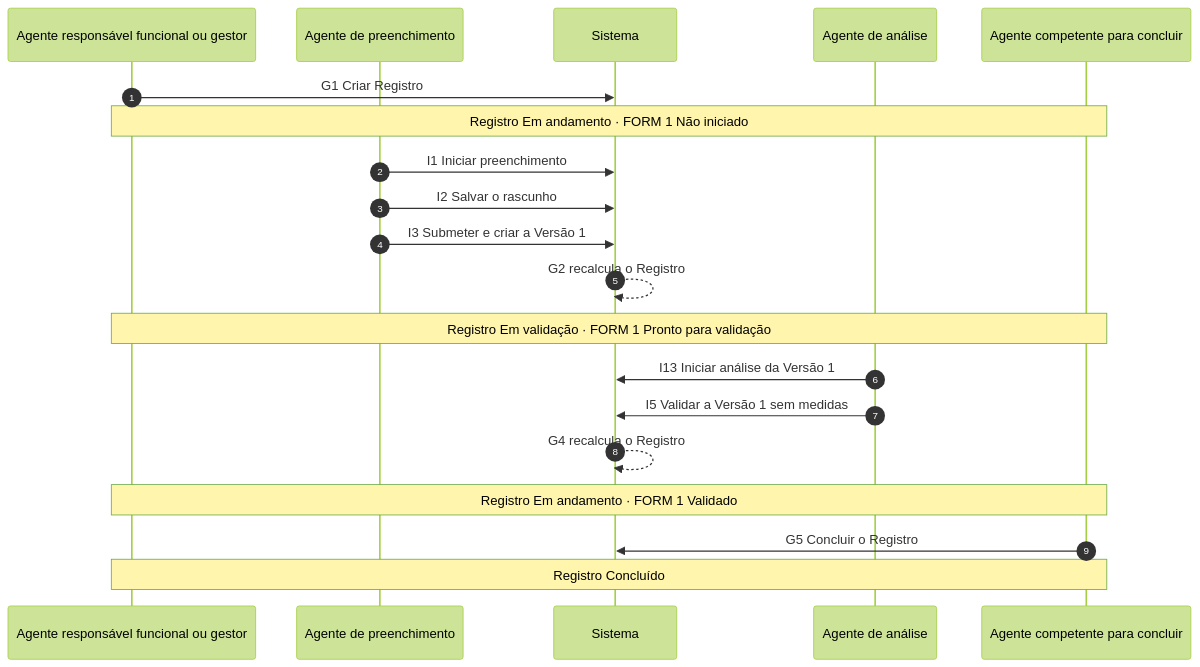
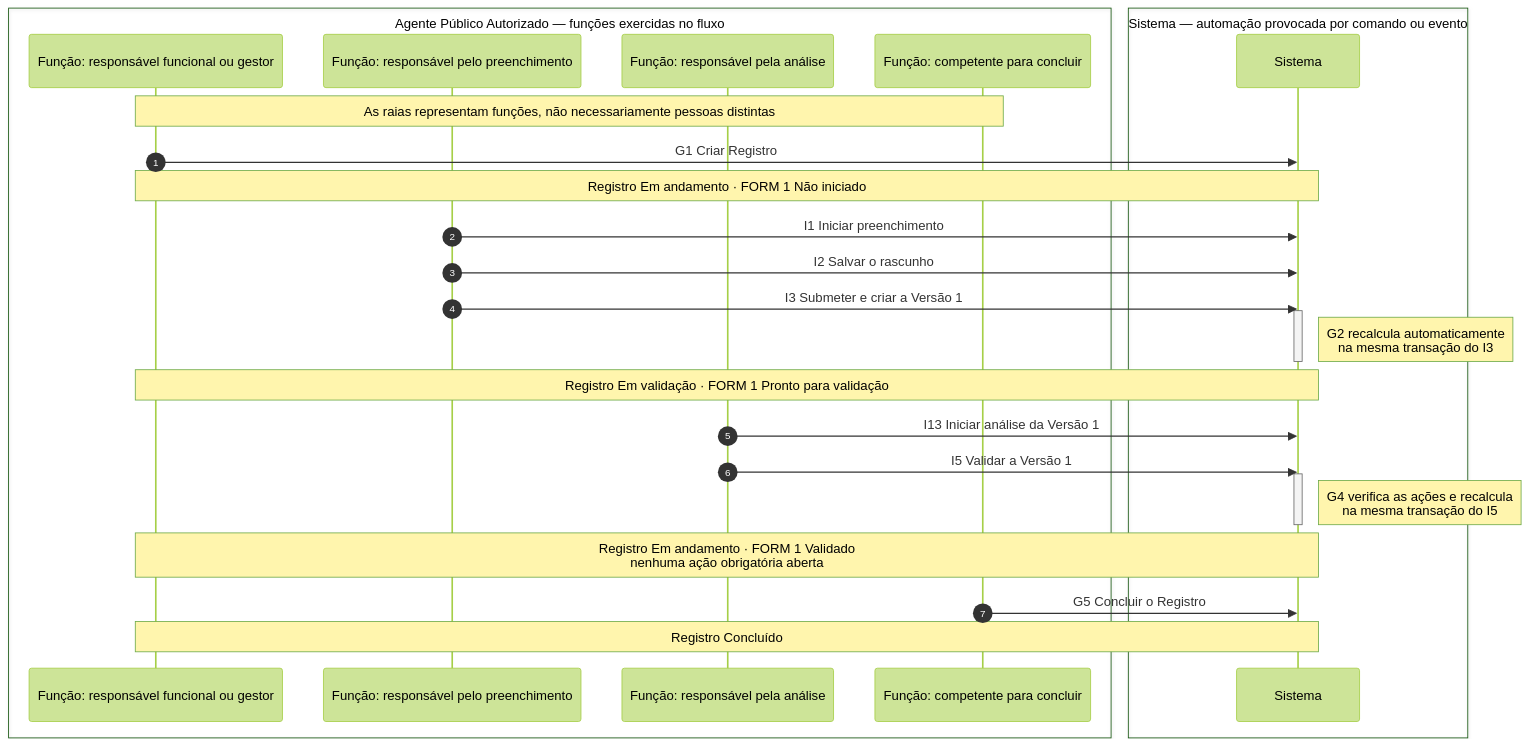
Before and after one commit to ailtonfv/governanca-lgpd-hortolandia: the fourth of 11 diagrams in docs/arquitetura/MAPA_M1a.md, drawn with Mermaid (forest theme). The commit also changed other lines of this file, not shown here.

Commit message:
Revisa mapa funcional e tecnico do M1a

````diff
--- a/docs/arquitetura/MAPA_M1a.md
+++ b/docs/arquitetura/MAPA_M1a.md
@@ -218,23 +246,32 @@
 ```mermaid
 sequenceDiagram
     autonumber
-    participant G as Agente responsável funcional ou gestor
-    participant P as Agente de preenchimento
-    participant S as Sistema
-    participant A as Agente de análise
-    participant C as Agente competente para concluir
+    box Agente Público Autorizado — funções exercidas no fluxo
+        participant G as Função: responsável funcional ou gestor
+        participant P as Função: responsável pelo preenchimento
+        participant A as Função: responsável pela análise
+        participant C as Função: competente para concluir
+    end
+    box Sistema — automação provocada por comando ou evento
+        participant S as Sistema
+    end
 
+    Note over G,C: As raias representam funções, não necessariamente pessoas distintas
     G->>S: G1 Criar Registro
-    Note over G,C: Registro Em andamento · FORM 1 Não iniciado
+    Note over G,S: Registro Em andamento · FORM 1 Não iniciado
     P->>S: I1 Iniciar preenchimento
     P->>S: I2 Salvar o rascunho
     P->>S: I3 Submeter e criar a Versão 1
-    S-->>S: G2 recalcula o Registro
-    Note over G,C: Registro Em validação · FORM 1 Pronto para validação
+    activate S
+    Note right of S: G2 recalcula automaticamente<br/>na mesma transação do I3
+    deactivate S
+    Note over G,S: Registro Em validação · FORM 1 Pronto para validação
     A->>S: I13 Iniciar análise da Versão 1
-    A->>S: I5 Validar a Versão 1 sem medidas
-    S-->>S: G4 recalcula o Registro
-    Note over G,C: Registro Em andamento · FORM 1 Validado
+    A->>S: I5 Validar a Versão 1
+    activate S
+    Note right of S: G4 verifica as ações e recalcula<br/>na mesma transação do I5
+    deactivate S
+    Note over G,S: Registro Em andamento · FORM 1 Validado<br/>nenhuma ação obrigatória aberta
     C->>S: G5 Concluir o Registro
-    Note over G,C: Registro Concluído
+    Note over G,S: Registro Concluído
 ```
````
